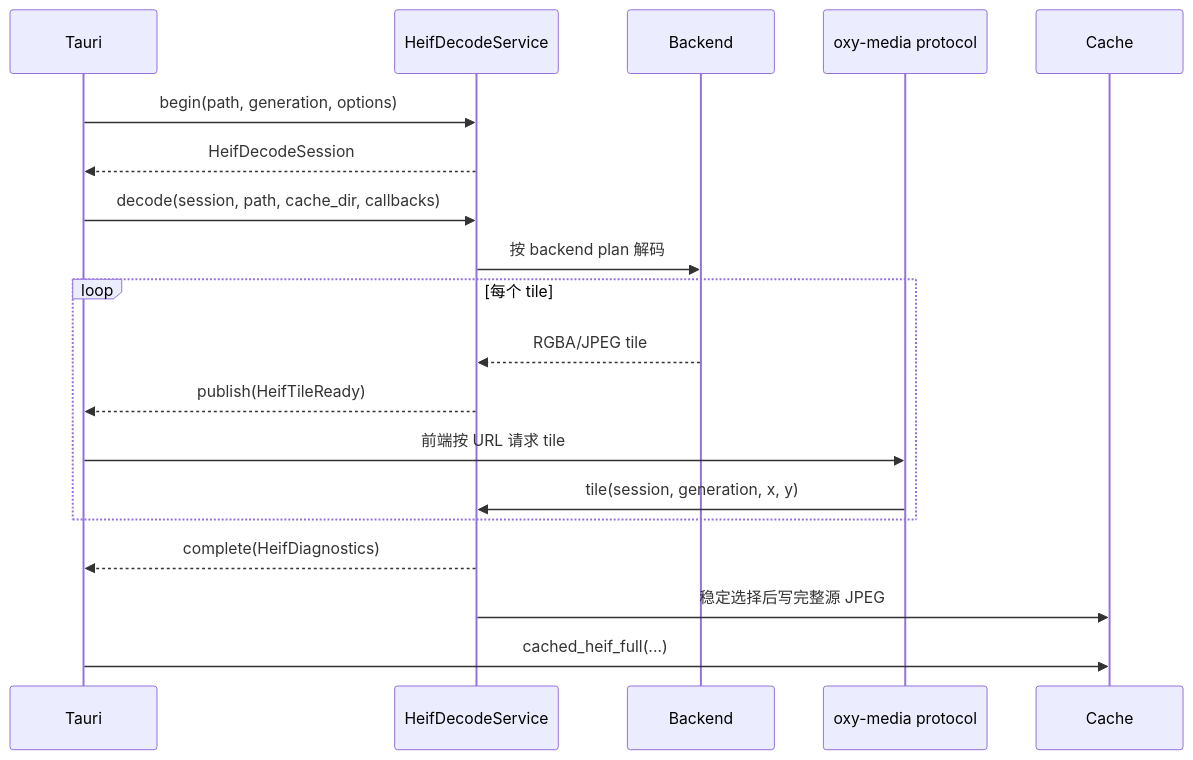
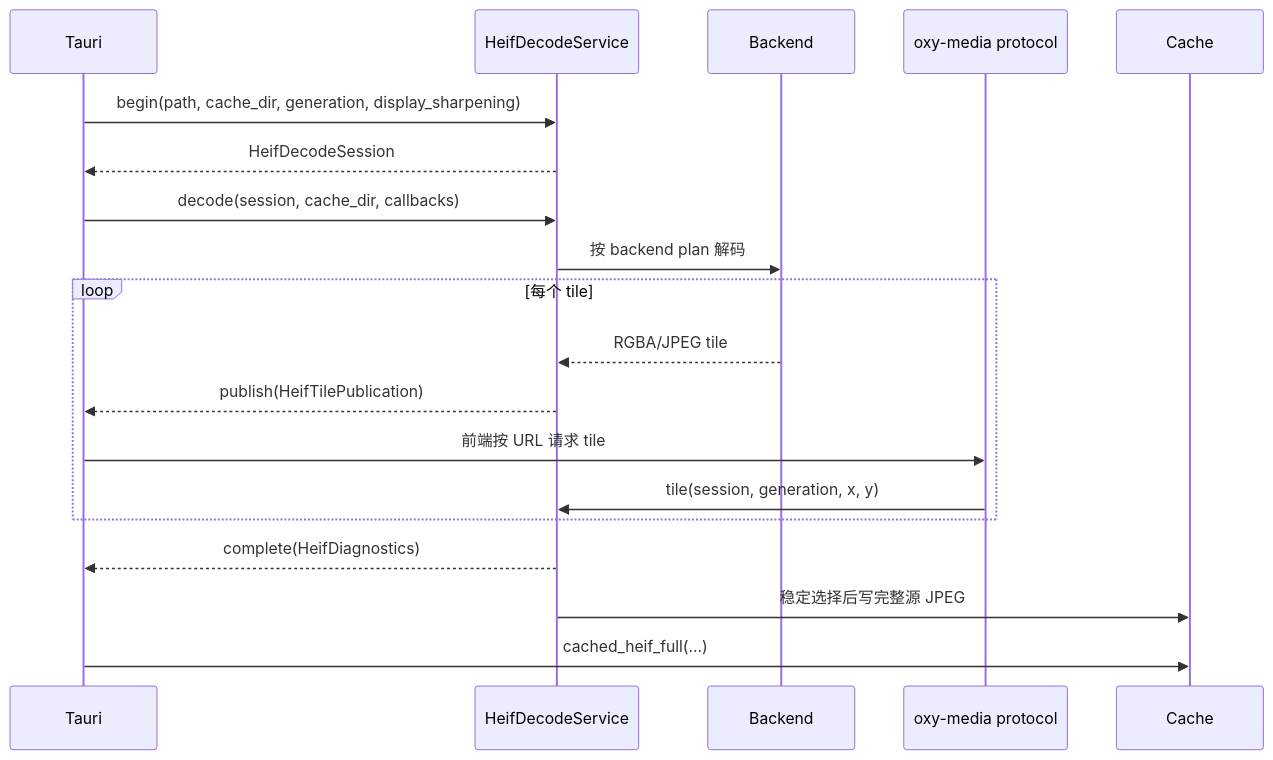
One commit to oxygenkun/oxyviewer changed the second of 2 diagrams in crates/oxy-media/README.md. Above: the diagram before and after it, drawn with Mermaid. The commit also changed other lines of this file and 53 other files, not shown here.

````diff
--- a/crates/oxy-media/README.md
+++ b/crates/oxy-media/README.md
@@ -223,22 +214,22 @@
 ```mermaid
 sequenceDiagram
     participant Tauri
     participant Service as HeifDecodeService
     participant Backend
     participant Protocol as oxy-media protocol
     participant Cache
 
-    Tauri->>Service: begin(path, generation, options)
+    Tauri->>Service: begin(path, cache_dir, generation, display_sharpening)
     Service-->>Tauri: HeifDecodeSession
-    Tauri->>Service: decode(session, path, cache_dir, callbacks)
+    Tauri->>Service: decode(session, cache_dir, callbacks)
     Service->>Backend: 按 backend plan 解码
     loop 每个 tile
         Backend-->>Service: RGBA/JPEG tile
-        Service-->>Tauri: publish(HeifTileReady)
+        Service-->>Tauri: publish(HeifTilePublication)
         Tauri->>Protocol: 前端按 URL 请求 tile
         Protocol->>Service: tile(session, generation, x, y)
     end
     Service-->>Tauri: complete(HeifDiagnostics)
     Service->>Cache: 稳定选择后写完整源 JPEG
     Tauri->>Cache: cached_heif_full(...)
 ```
````
